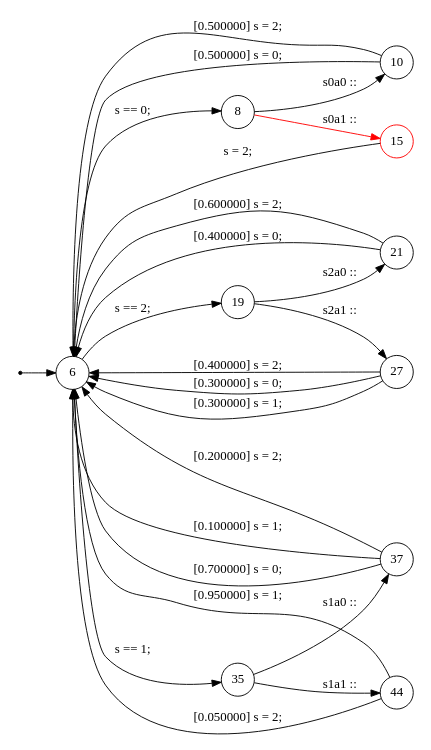
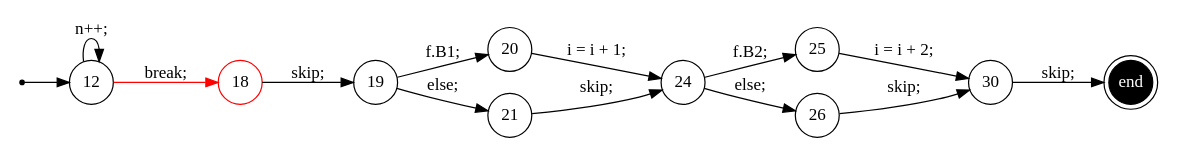
One commit to samilazregsuidi/Daedalux changed the diagram in trace/2.dot. Above: the diagram before and after it, drawn with Graphviz. The commit also changed 118 other files, not shown here.

```diff
--- a/trace/2.dot
+++ b/trace/2.dot
@@ -1,39 +1,29 @@
 digraph finite_state_machine {
 	rankdir=LR
 	size="8,5"
-	93824993319552 [label = 6, shape = doublecircle, fixedsize = true]; 
-	s93824993319552 [shape = point];
-	 93824993319552 [label = 6, shape = circle, fixedsize = true ];
-	 93824993310416 [label = 8, shape = circle, fixedsize = true ];
-	 93824993310976 [label = 10, shape = circle, fixedsize = true ];
-	 93824993312496 [label = 15, shape = circle, color = red, fixedsize = true ];
-	 93824993312944 [label = 19, shape = circle, fixedsize = true ];
-	 93824993313712 [label = 21, shape = circle, fixedsize = true ];
-	 93824993315232 [label = 27, shape = circle, fixedsize = true ];
-	 93824993316688 [label = 35, shape = circle, fixedsize = true ];
-	 93824993317632 [label = 37, shape = circle, fixedsize = true ];
-	 93824993325184 [label = 44, shape = circle, fixedsize = true ];
-	s93824993319552 -> 93824993319552;
-	93824993319552 -> 93824993310416 [ label = "s == 0; "];
-	93824993310416 -> 93824993310976 [ label = "s0a0 :: "];
-	93824993310976 -> 93824993319552 [ label = " [0.500000] s = 0; "];
-	93824993310976 -> 93824993319552 [ label = " [0.500000] s = 2; "];
-	93824993310416 -> 93824993312496 [color = red, label = "s0a1 :: "];
-	93824993312496 -> 93824993319552 [ label = "s = 2; "];
-	93824993319552 -> 93824993312944 [ label = "s == 2; "];
-	93824993312944 -> 93824993313712 [ label = "s2a0 :: "];
-	93824993313712 -> 93824993319552 [ label = " [0.400000] s = 0; "];
-	93824993313712 -> 93824993319552 [ label = " [0.600000] s = 2; "];
-	93824993312944 -> 93824993315232 [ label = "s2a1 :: "];
-	93824993315232 -> 93824993319552 [ label = " [0.400000] s = 2; "];
-	93824993315232 -> 93824993319552 [ label = " [0.300000] s = 0; "];
-	93824993315232 -> 93824993319552 [ label = " [0.300000] s = 1; "];
-	93824993319552 -> 93824993316688 [ label = "s == 1; "];
-	93824993316688 -> 93824993317632 [ label = "s1a0 :: "];
-	93824993317632 -> 93824993319552 [ label = " [0.100000] s = 1; "];
-	93824993317632 -> 93824993319552 [ label = " [0.700000] s = 0; "];
-	93824993317632 -> 93824993319552 [ label = " [0.200000] s = 2; "];
-	93824993316688 -> 93824993325184 [ label = "s1a1 :: "];
-	93824993325184 -> 93824993319552 [ label = " [0.950000] s = 1; "];
-	93824993325184 -> 93824993319552 [ label = " [0.050000] s = 2; "];
+	93824994178208 [label = 12, shape = doublecircle, fixedsize = true]; 
+	s93824994178208 [shape = point];
+	e93824994173872 [shape = doublecircle, fixedsize = true, style = filled, fillcolor = black, fontcolor = white,  label = end];
+	 93824994178208 [label = 12, shape = circle, fixedsize = true ];
+	 93824994170560 [label = 18, shape = circle, color = red, fixedsize = true ];
+	 93824994170896 [label = 19, shape = circle, fixedsize = true ];
+	 93824994171728 [label = 20, shape = circle, fixedsize = true ];
+	 93824994172480 [label = 21, shape = circle, fixedsize = true ];
+	 93824994172256 [label = 24, shape = circle, fixedsize = true ];
+	 93824994173344 [label = 25, shape = circle, fixedsize = true ];
+	 93824994174096 [label = 26, shape = circle, fixedsize = true ];
+	 93824994173872 [label = 30, shape = circle, fixedsize = true ];
+	s93824994178208 -> 93824994178208;
+	93824994178208 -> 93824994170560 [color = red, label = "break; "];
+	93824994178208 -> 93824994178208 [ label = "n++; "];
+	93824994170560 -> 93824994170896 [ label = "skip; "];
+	93824994170896 -> 93824994171728 [ label = "f.B1; "];
+	93824994171728 -> 93824994172256 [ label = "i = i + 1; "];
+	93824994170896 -> 93824994172480 [ label = "else; "];
+	93824994172480 -> 93824994172256 [ label = "skip; "];
+	93824994172256 -> 93824994173344 [ label = "f.B2; "];
+	93824994173344 -> 93824994173872 [ label = "i = i + 2; "];
+	93824994172256 -> 93824994174096 [ label = "else; "];
+	93824994174096 -> 93824994173872 [ label = "skip; "];
+	93824994173872 -> e93824994173872 [ label = "skip; "];
 }
```
